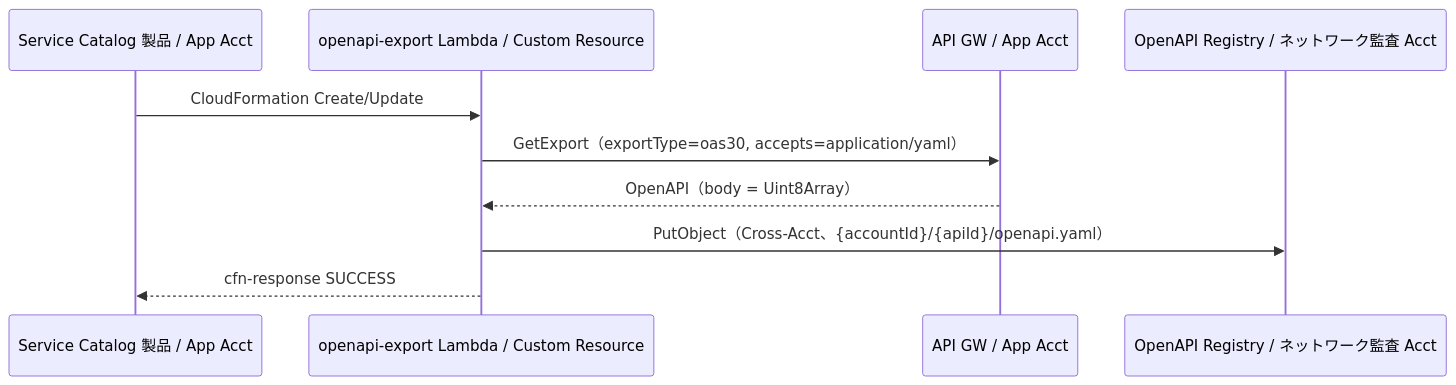
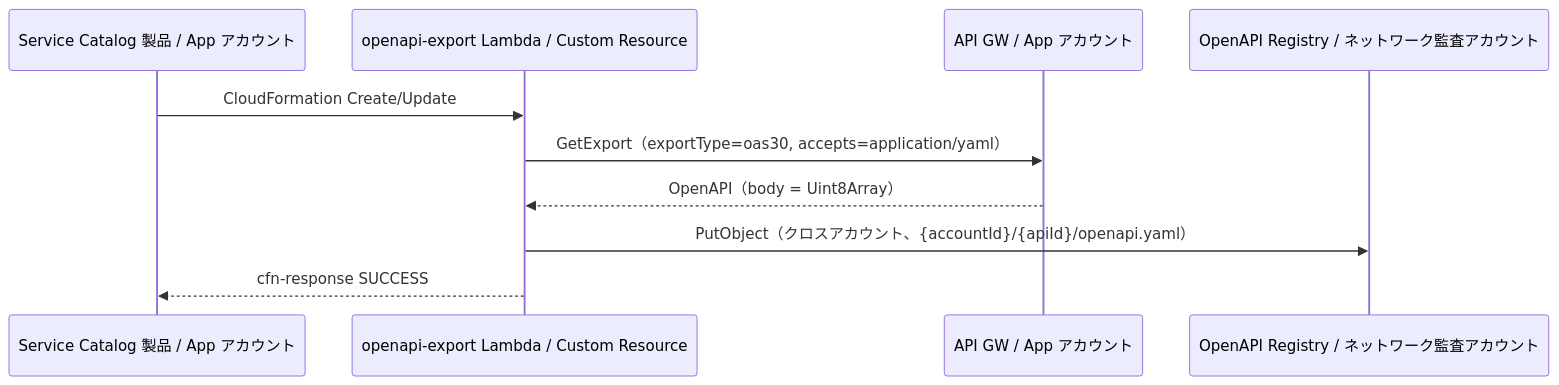
Before and after one commit to suepie/aws-atuh-poc: the first of 2 diagrams in doc/api-platform/basic-design/13-openapi-registry-design.md, drawn with Mermaid. The commit also changed other lines of this file and 29 other files, not shown here.

````diff
--- a/doc/api-platform/basic-design/13-openapi-registry-design.md
+++ b/doc/api-platform/basic-design/13-openapi-registry-design.md
@@ -35,13 +35,13 @@
 ```mermaid
 sequenceDiagram
-    participant SC as Service Catalog 製品 / App Acct
+    participant SC as Service Catalog 製品 / App アカウント
     participant CR as openapi-export Lambda / Custom Resource
-    participant AGW as API GW / App Acct
-    participant S3 as OpenAPI Registry / ネットワーク監査 Acct
+    participant AGW as API GW / App アカウント
+    participant S3 as OpenAPI Registry / ネットワーク監査アカウント
 
     SC->>CR: CloudFormation Create/Update
     CR->>AGW: GetExport（exportType=oas30, accepts=application/yaml）
     AGW-->>CR: OpenAPI（body = Uint8Array）
-    CR->>S3: PutObject（Cross-Acct、{accountId}/{apiId}/openapi.yaml）
+    CR->>S3: PutObject（クロスアカウント、{accountId}/{apiId}/openapi.yaml）
     CR-->>SC: cfn-response SUCCESS
 ```
````
